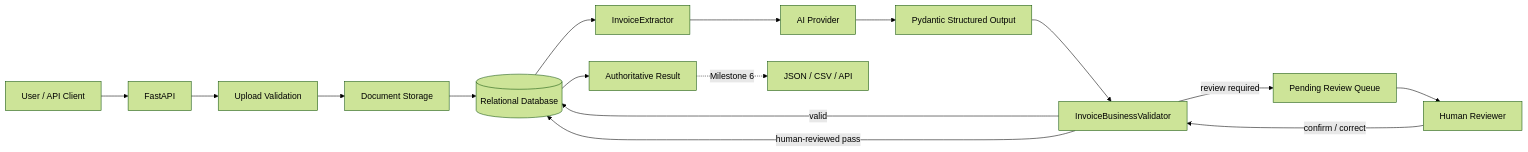
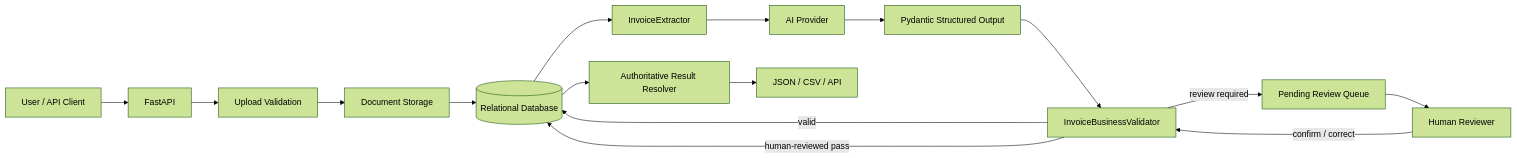
The diagram in ARCHITECTURE.md (mawellsy/ai-document-review), drawn with Mermaid (forest theme) before and after one commit. The commit also changed other lines of this file and 9 other files, not shown here.

Commit message:
feat: add authoritative result export

````diff
--- a/ARCHITECTURE.md
+++ b/ARCHITECTURE.md
@@ -5,27 +5,27 @@
 ```mermaid
 flowchart LR
     U[User / API Client]
     API[FastAPI]
     V[Upload Validation]
     S[Document Storage]
     DB[(Relational Database)]
     E[InvoiceExtractor]
     O[AI Provider]
     P[Pydantic Structured Output]
     B[InvoiceBusinessValidator]
     R[Pending Review Queue]
     H[Human Reviewer]
-    A[Authoritative Result]
+    A[Authoritative Result Resolver]
     X[JSON / CSV / API]
 
     U --> API --> V --> S
     S --> DB
     DB --> E --> O --> P --> B
     B -->|valid| DB
     B -->|review required| R
     R --> H
     H -->|confirm / correct| B
     B -->|human-reviewed pass| DB
     DB --> A
-    A -. Milestone 6 .-> X
+    A --> X
 ```
````
